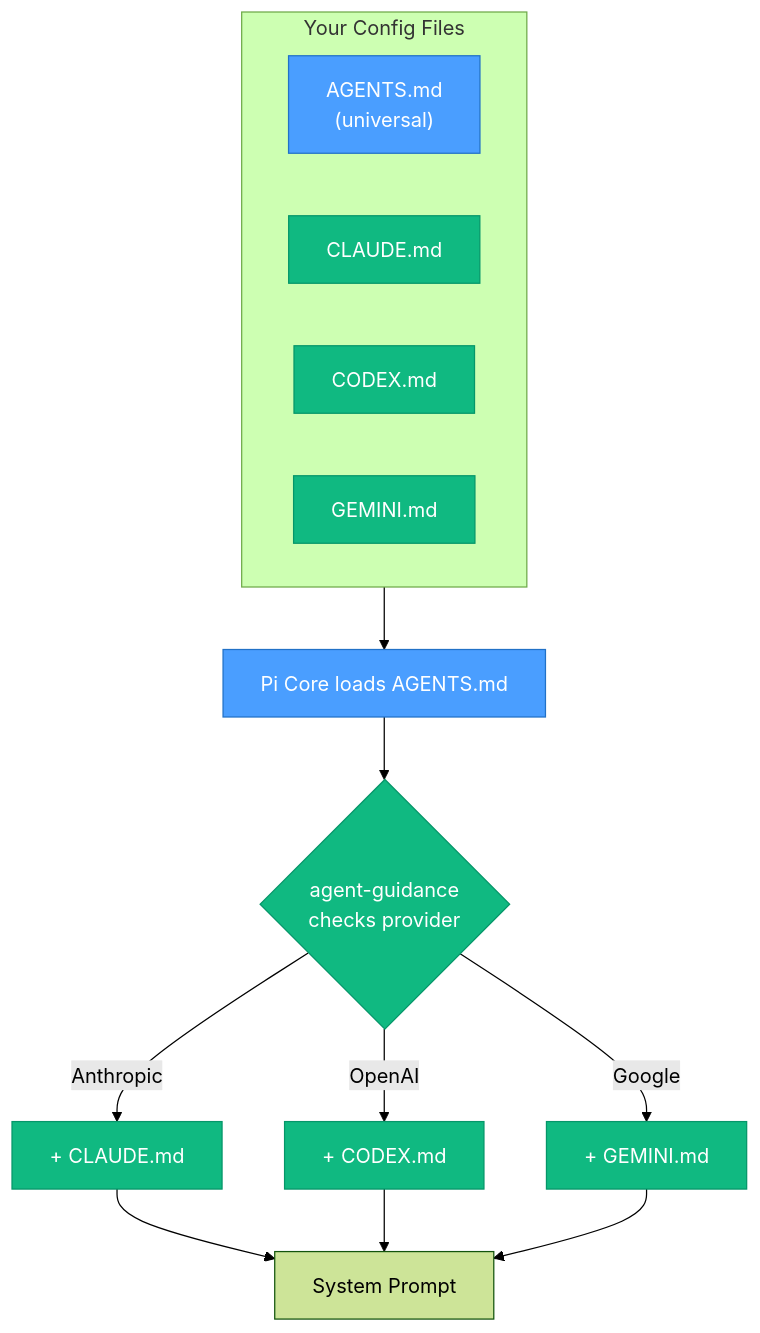
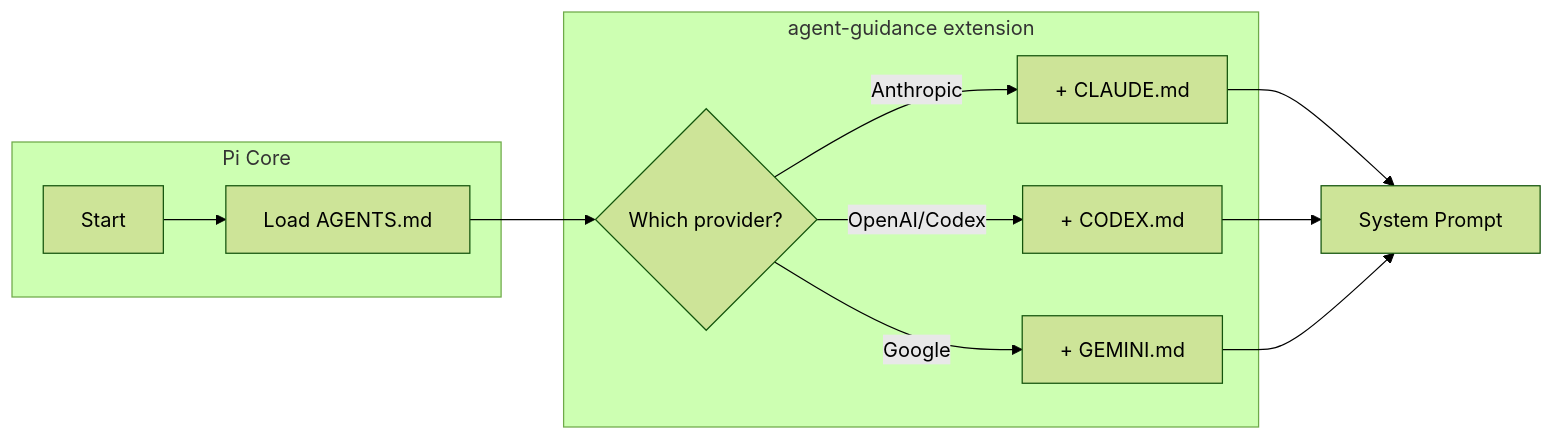
One commit to tmustier/pi-extensions changed the diagram in agent-guidance/README.md. Above: the diagram before and after it, drawn with Mermaid (forest theme). The commit also changed other lines of this file, not shown here.

Commit message:
Restore original simple diagram

````diff
--- a/agent-guidance/README.md
+++ b/agent-guidance/README.md
@@ -7,25 +7,17 @@
 ```mermaid
-flowchart TB
-    subgraph Sources ["Your Config Files"]
-        direction LR
-        AGENTS["AGENTS.md<br/>(universal)"]:::core
-        CLAUDE["CLAUDE.md"]:::ext
-        CODEX["CODEX.md"]:::ext
-        GEMINI["GEMINI.md"]:::ext
+flowchart LR
+    subgraph Core ["Pi Core"]
+        A[Start] --> B[Load AGENTS.md]
     end
-
-    AGENTS --> CORE["Pi Core loads AGENTS.md"]:::core
     
-    CORE --> EXT{"agent-guidance<br/>checks provider"}:::ext
+    subgraph Ext ["agent-guidance extension"]
+        B --> C{Which provider?}
+        C -->|Anthropic| D[+ CLAUDE.md]
+        C -->|OpenAI/Codex| E[+ CODEX.md]
+        C -->|Google| F[+ GEMINI.md]
+    end
     
-    EXT -->|Anthropic| C["+ CLAUDE.md"]:::ext
-    EXT -->|OpenAI| X["+ CODEX.md"]:::ext
-    EXT -->|Google| G["+ GEMINI.md"]:::ext
-    
-    C --> PROMPT["System Prompt"]
-    X --> PROMPT
-    G --> PROMPT
-
-    classDef core fill:#4a9eff,stroke:#2171c7,color:#fff
-    classDef ext fill:#10b981,stroke:#059669,color:#fff
+    D --> G[System Prompt]
+    E --> G
+    F --> G
 ```
````
